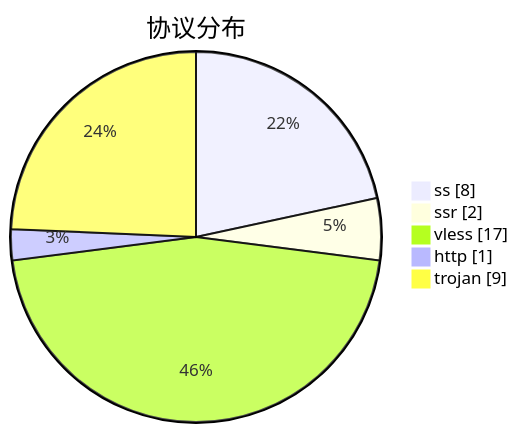
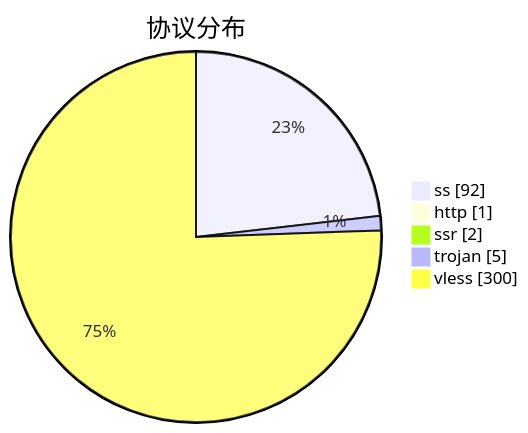
Before and after one commit to qjlxg/airport: the third of 3 diagrams in subs/statistics/tested_within.md, drawn with Mermaid. The commit also changed other lines of this file and 2 other files, not shown here.

````diff
--- a/subs/statistics/tested_within.md
+++ b/subs/statistics/tested_within.md
@@ -21,9 +32,9 @@
 ```mermaid
 pie showData
 title 协议分布
-"ss" : 8
+"ss" : 92
+"http" : 1
 "ssr" : 2
-"vless" : 17
-"http" : 1
-"trojan" : 9
+"trojan" : 5
+"vless" : 300
 ```
````
